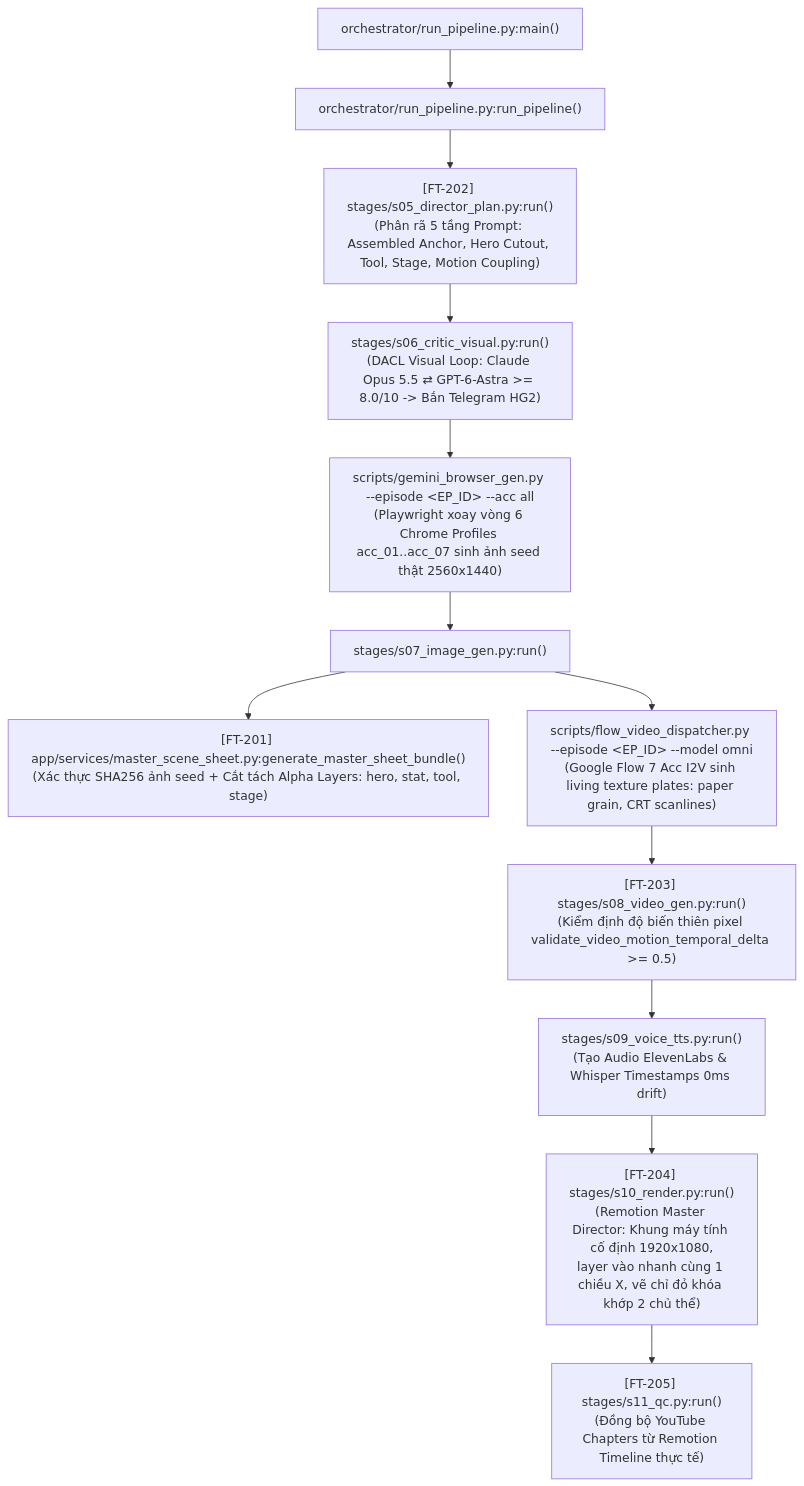
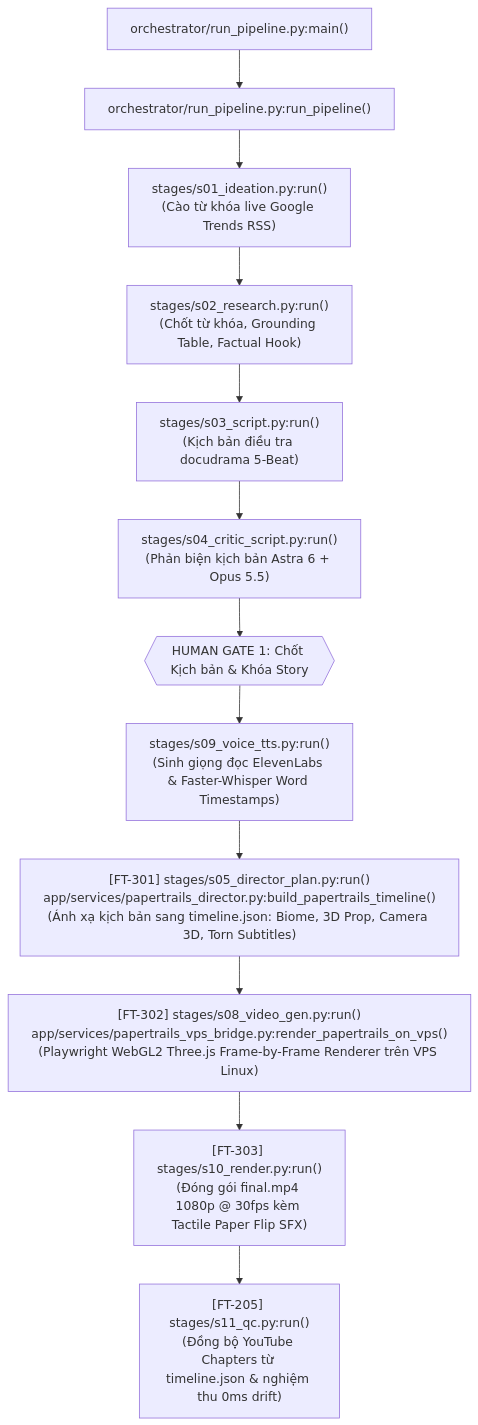
The diagram in .harness/03_WIRING.md (hoangdinhhungueh-droid/AI_Vifactory), drawn with Mermaid before and after one commit. The commit also changed other lines of this file and 90 other files, not shown here.

Commit message:
feat(papertrails): complete post-HG1 revolution with 3D paper pop-up engine (FT-301..FT-303)

````diff
--- a/.harness/03_WIRING.md
+++ b/.harness/03_WIRING.md
@@ -25,23 +22,20 @@
 ```mermaid
 flowchart TD
     MAIN["orchestrator/run_pipeline.py:main()"] --> ORCH["orchestrator/run_pipeline.py:run_pipeline()"]
     
-    ORCH --> S05["[FT-202] stages/s05_director_plan.py:run()<br/>(Phân rã 5 tầng Prompt: Assembled Anchor, Hero Cutout, Tool, Stage, Motion Coupling)"]
+    ORCH --> S01["stages/s01_ideation.py:run()<br/>(Cào từ khóa live Google Trends RSS)"]
+    S01 --> S02["stages/s02_research.py:run()<br/>(Chốt từ khóa, Grounding Table, Factual Hook)"]
+    S02 --> S03["stages/s03_script.py:run()<br/>(Kịch bản điều tra docudrama 5-Beat)"]
+    S03 --> S04["stages/s04_critic_script.py:run()<br/>(Phản biện kịch bản Astra 6 + Opus 5.5)"]
+    S04 --> HG1{{"HUMAN GATE 1: Chốt Kịch bản & Khóa Story"}}
     
-    S05 --> S06["stages/s06_critic_visual.py:run()<br/>(DACL Visual Loop: Claude Opus 5.5 ⇄ GPT-6-Astra >= 8.0/10 -> Bắn Telegram HG2)"]
+    HG1 --> S09["stages/s09_voice_tts.py:run()<br/>(Sinh giọng đọc ElevenLabs & Faster-Whisper Word Timestamps)"]
     
-    S06 --> FLEET_IMG["scripts/gemini_browser_gen.py --episode &lt;EP_ID&gt; --acc all<br/>(Playwright xoay vòng 6 Chrome Profiles acc_01..acc_07 sinh ảnh seed thật 2560x1440)"]
+    S09 --> S05["[FT-301] stages/s05_director_plan.py:run()<br/>app/services/papertrails_director.py:build_papertrails_timeline()<br/>(Ánh xạ kịch bản sang timeline.json: Biome, 3D Prop, Camera 3D, Torn Subtitles)"]
     
-    FLEET_IMG --> S07["stages/s07_image_gen.py:run()"]
-    S07 --> MS["[FT-201] app/services/master_scene_sheet.py:generate_master_sheet_bundle()<br/>(Xác thực SHA256 ảnh seed + Cắt tách Alpha Layers: hero, stat, tool, stage)"]
+    S05 --> S08["[FT-302] stages/s08_video_gen.py:run()<br/>app/services/papertrails_vps_bridge.py:render_papertrails_on_vps()<br/>(Playwright WebGL2 Three.js Frame-by-Frame Renderer trên VPS Linux)"]
     
-    S07 --> FLEET_VID["scripts/flow_video_dispatcher.py --episode &lt;EP_ID&gt; --model omni<br/>(Google Flow 7 Acc I2V sinh living texture plates: paper grain, CRT scanlines)"]
+    S08 --> S10["[FT-303] stages/s10_render.py:run()<br/>(Đóng gói final.mp4 1080p @ 30fps kèm Tactile Paper Flip SFX)"]
     
-    FLEET_VID --> S08["[FT-203] stages/s08_video_gen.py:run()<br/>(Kiểm định độ biến thiên pixel validate_video_motion_temporal_delta >= 0.5)"]
-    
-    S08 --> S09["stages/s09_voice_tts.py:run()<br/>(Tạo Audio ElevenLabs & Whisper Timestamps 0ms drift)"]
-    
-    S09 --> S10["[FT-204] stages/s10_render.py:run()<br/>(Remotion Master Director: Khung máy tính cố định 1920x1080,<br/>layer vào nhanh cùng 1 chiều X, vẽ chỉ đỏ khóa khớp 2 chủ thể)"]
-    
-    S10 --> S11["[FT-205] stages/s11_qc.py:run()<br/>(Đồng bộ YouTube Chapters từ Remotion Timeline thực tế)"]
+    S10 --> S11["[FT-205] stages/s11_qc.py:run()<br/>(Đồng bộ YouTube Chapters từ timeline.json & nghiệm thu 0ms drift)"]
 ```
````
